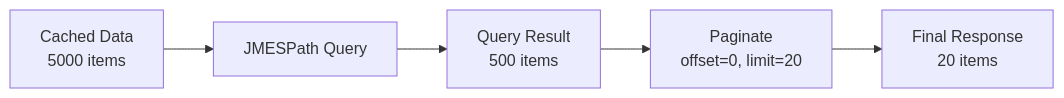
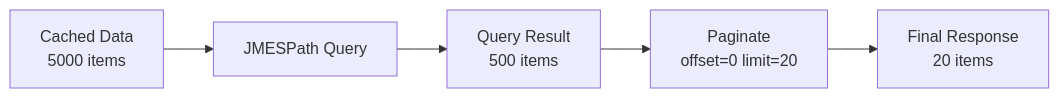
One commit to nickweedon/partsbox_mcp changed the third of 3 diagrams in design.md. Above: the diagram before and after it, drawn with Mermaid.

Commit message:
Fixed newline issue in mermaid diagram

````diff
--- a/design.md
+++ b/design.md
@@ -259,7 +259,7 @@
 ```mermaid
 flowchart LR
-    A[Cached Data\n5000 items] --> B[JMESPath Query]
-    B --> C[Query Result\n500 items]
-    C --> D[Paginate\noffset=0, limit=20]
-    D --> E[Final Response\n20 items]
+    A[Cached Data<br>5000 items] --> B[JMESPath Query]
+    B --> C[Query Result<br>500 items]
+    C --> D[Paginate<br>offset=0 limit=20]
+    D --> E[Final Response<br>20 items]
 ```
````
